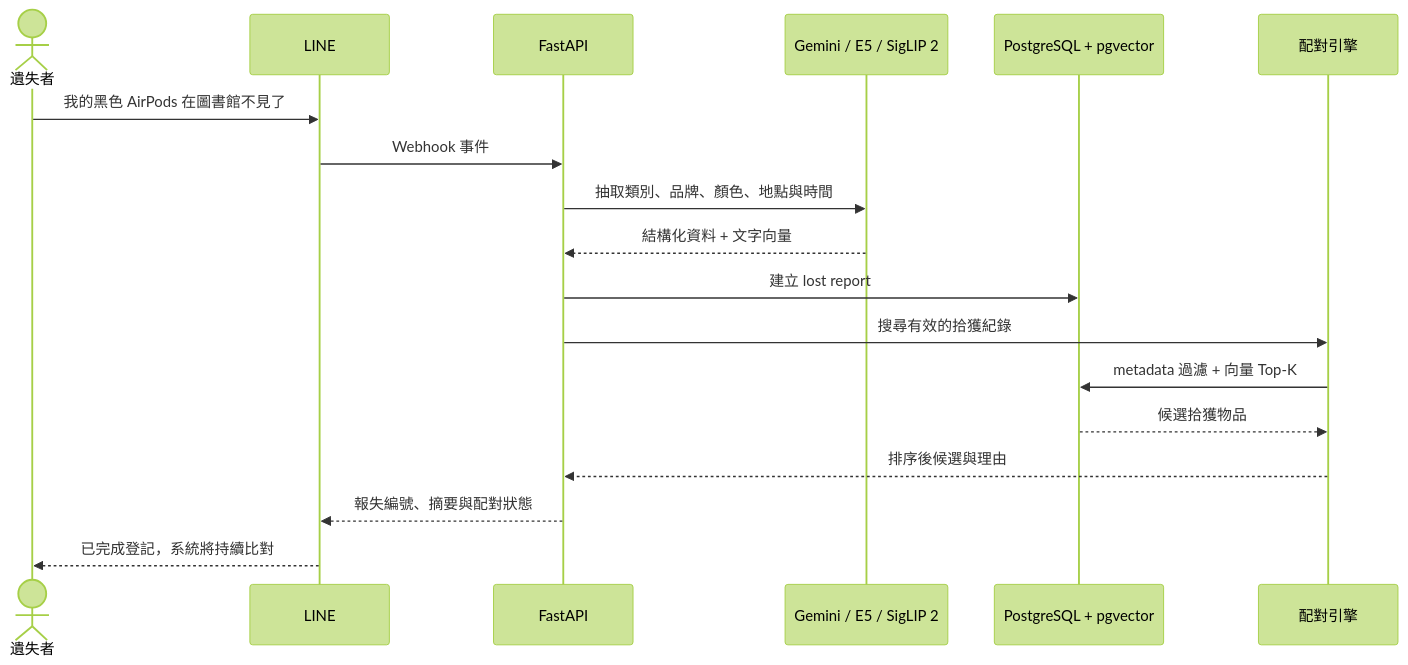
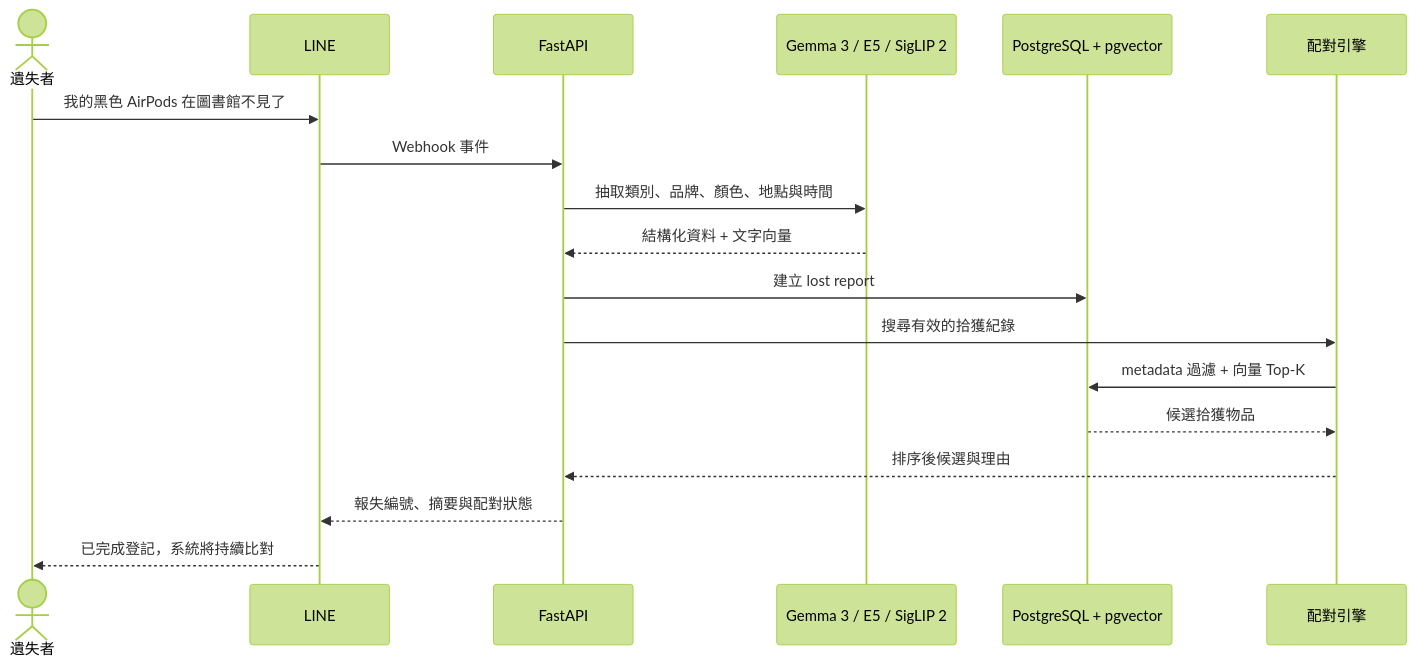
One commit to yian3690/LostLink changed the second of 4 diagrams in README.md. Above: the diagram before and after it, drawn with Mermaid (forest theme). The commit also changed other lines of this file and 26 other files, not shown here.

````diff
--- a/README.md
+++ b/README.md
@@ -65,21 +65,21 @@
 ```mermaid
 sequenceDiagram
     actor Student as 遺失者
     participant Line as LINE
     participant API as FastAPI
-    participant AI as Gemini / E5 / SigLIP 2
+    participant AI as Gemma 3 / E5 / SigLIP 2
     participant DB as PostgreSQL + pgvector
     participant Match as 配對引擎
 
     Student->>Line: 我的黑色 AirPods 在圖書館不見了
     Line->>API: Webhook 事件
     API->>AI: 抽取類別、品牌、顏色、地點與時間
     AI-->>API: 結構化資料 + 文字向量
     API->>DB: 建立 lost report
     API->>Match: 搜尋有效的拾獲紀錄
     Match->>DB: metadata 過濾 + 向量 Top-K
     DB-->>Match: 候選拾獲物品
     Match-->>API: 排序後候選與理由
     API-->>Line: 報失編號、摘要與配對狀態
     Line-->>Student: 已完成登記，系統將持續比對
 ```
````
